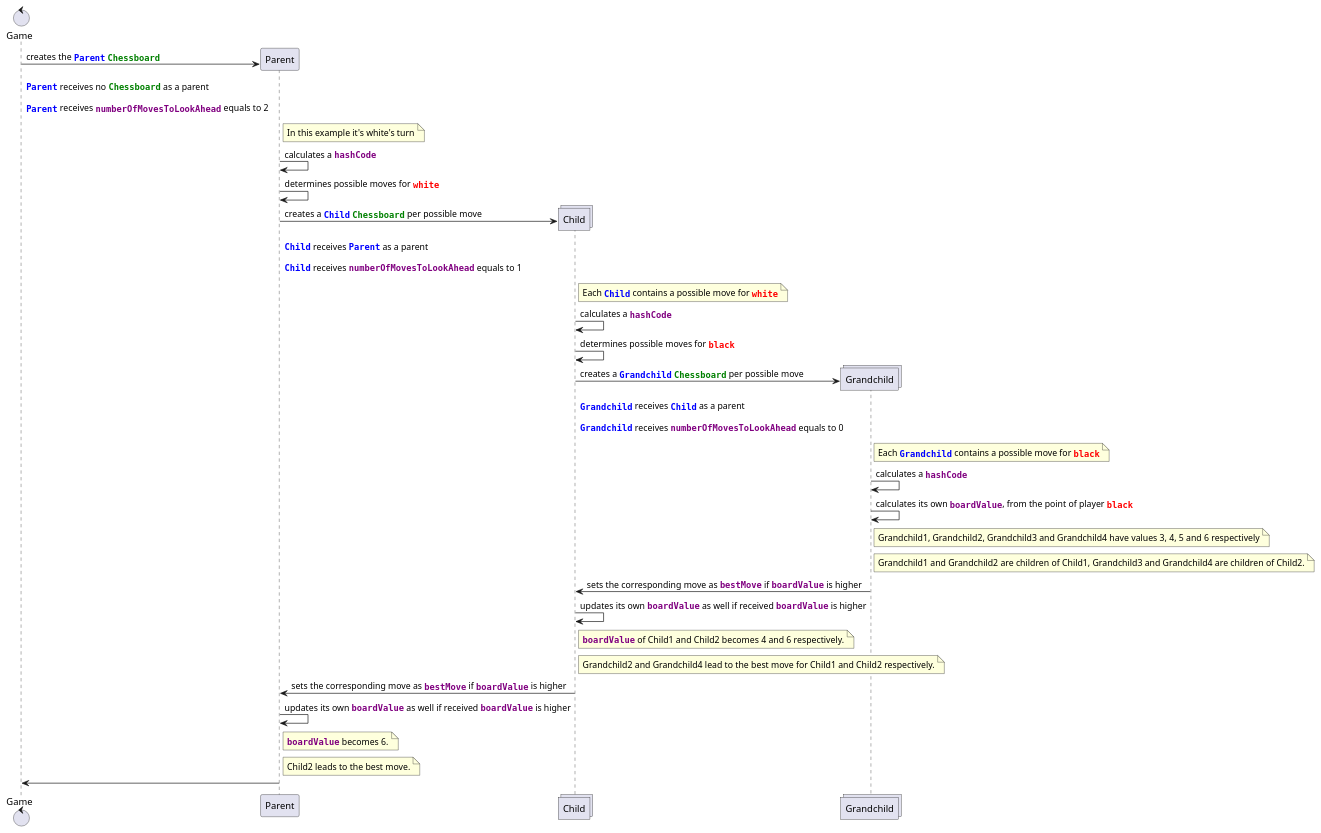
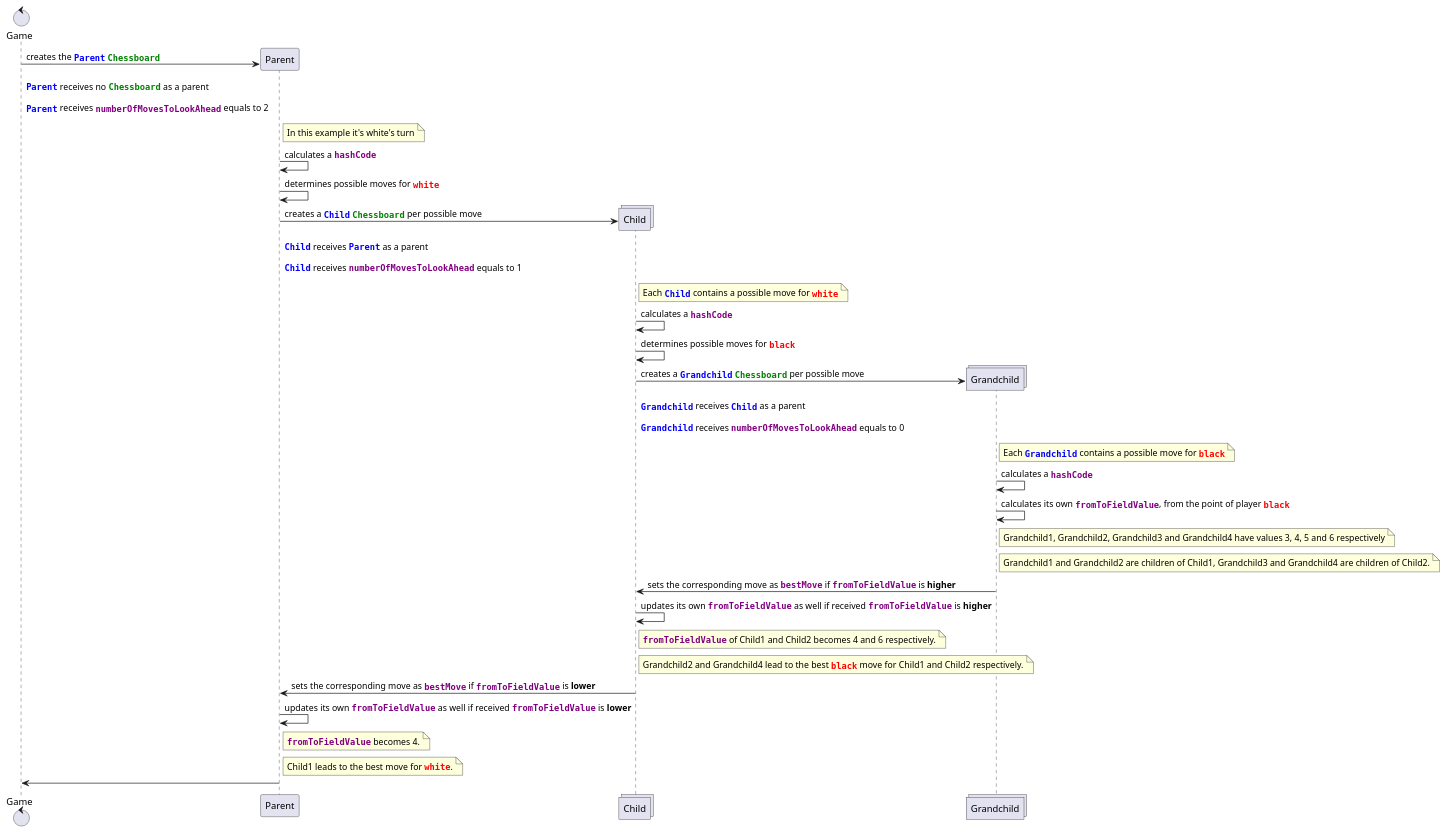
The diagram in game/src/main/resources/uml/minimax.puml (tiktaalick/chess-with-database), drawn with PlantUML before and after one commit. The commit also changed 15 other files, not shown here.

```diff
--- a/game/src/main/resources/uml/minimax.puml
+++ b/game/src/main/resources/uml/minimax.puml
@@ -1,54 +1,54 @@
 @startuml
 control Game
 participant Parent
 collections Child
 collections Grandchild
 
 '----'
 'Game'
 '----'
 create Parent
 Game -> Parent : creates the <color:blue>**""Parent""**</color> <color:green>**""Chessboard""**</color>
 Game [#white]--> Parent : <color:blue>**""Parent""**</color> receives no <color:green>**""Chessboard""**</color> as a parent
 Game [#white]--> Parent : <color:blue>**""Parent""**</color> receives <color:purple>**""numberOfMovesToLookAhead""**</color> equals to 2
 
 '------'
 'Parent'
 '------'
 note right of Parent: In this example it's white's turn
 Parent -> Parent : calculates a <color:purple>**""hashCode""**</color>
 Parent -> Parent : determines possible moves for <color:red>**""white""**</color>
 create Child
 Parent -> Child : creates a <color:blue>**""Child""**</color> <color:green>**""Chessboard""**</color> per possible move
 Parent [#white]--> Child : <color:blue>**""Child""**</color> receives <color:blue>**""Parent""**</color> as a parent
 Parent [#white]--> Child : <color:blue>**""Child""**</color> receives <color:purple>**""numberOfMovesToLookAhead""**</color> equals to 1
 
 '-----'
 'Child'
 '-----'
 note right of Child: Each <color:blue>**""Child""**</color> contains a possible move for <color:red>**""white""**</color>
 Child -> Child : calculates a <color:purple>**""hashCode""**</color>
 Child -> Child : determines possible moves for <color:red>**""black""**</color>
 create Grandchild
 Child -> Grandchild : creates a <color:blue>**""Grandchild""**</color> <color:green>**""Chessboard""**</color> per possible move
 Child [#white]--> Grandchild : <color:blue>**""Grandchild""**</color> receives <color:blue>**""Child""**</color> as a parent
 Child [#white]--> Grandchild : <color:blue>**""Grandchild""**</color> receives <color:purple>**""numberOfMovesToLookAhead""**</color> equals to 0
 
 '----------'
 'Grandchild'
 '----------'
 note right of Grandchild: Each <color:blue>**""Grandchild""**</color> contains a possible move for <color:red>**""black""**</color>
 Grandchild -> Grandchild : calculates a <color:purple>**""hashCode""**</color>
-Grandchild -> Grandchild : calculates its own <color:purple>**""boardValue""**</color>, from the point of player <color:red>**""black""**</color>
+Grandchild -> Grandchild : calculates its own <color:purple>**""fromToFieldValue""**</color>, from the point of player <color:red>**""black""**</color>
 note right of Grandchild: Grandchild1, Grandchild2, Grandchild3 and Grandchild4 have values 3, 4, 5 and 6 respectively
 note right of Grandchild: Grandchild1 and Grandchild2 are children of Child1, Grandchild3 and Grandchild4 are children of Child2.
-Grandchild -> Child : sets the corresponding move as <color:purple>**""bestMove""**</color> if <color:purple>**""boardValue""**</color> is higher
-Child -> Child : updates its own <color:purple>**""boardValue""**</color> as well if received <color:purple>**""boardValue""**</color> is higher
-note right of Child: <color:purple>**""boardValue""**</color> of Child1 and Child2 becomes 4 and 6 respectively.
-note right of Child: Grandchild2 and Grandchild4 lead to the best move for Child1 and Child2 respectively.
-Child -> Parent : sets the corresponding move as <color:purple>**""bestMove""**</color> if <color:purple>**""boardValue""**</color> is higher
-Parent -> Parent : updates its own <color:purple>**""boardValue""**</color> as well if received <color:purple>**""boardValue""**</color> is higher
-note right of Parent: <color:purple>**""boardValue""**</color> becomes 6.
-note right of Parent: Child2 leads to the best move.
+Grandchild -> Child : sets the corresponding move as <color:purple>**""bestMove""**</color> if <color:purple>**""fromToFieldValue""**</color> is **higher**
+Child -> Child : updates its own <color:purple>**""fromToFieldValue""**</color> as well if received <color:purple>**""fromToFieldValue""**</color> is **higher**
+note right of Child: <color:purple>**""fromToFieldValue""**</color> of Child1 and Child2 becomes 4 and 6 respectively.
+note right of Child: Grandchild2 and Grandchild4 lead to the best <color:red>**""black""**</color> move for Child1 and Child2 respectively.
+Child -> Parent : sets the corresponding move as <color:purple>**""bestMove""**</color> if <color:purple>**""fromToFieldValue""**</color> is **lower**
+Parent -> Parent : updates its own <color:purple>**""fromToFieldValue""**</color> as well if received <color:purple>**""fromToFieldValue""**</color> is **lower**
+note right of Parent: <color:purple>**""fromToFieldValue""**</color> becomes 4.
+note right of Parent: Child1 leads to the best move for <color:red>**""white""**</color>.
 Parent -> Game
 @enduml
```
